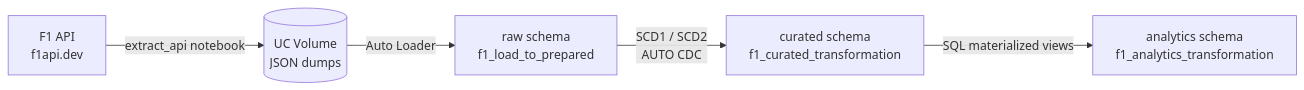
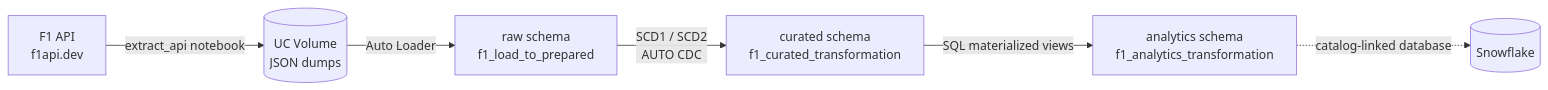
Before and after one commit to vikneshwara-r-b/databricks-snowflake-iceberg-federation: the first of 2 diagrams in README.md, drawn with Mermaid. The commit also changed other lines of this file and 25 other files, not shown here.

Commit message:
Add per-zone catalogs and Snowflake catalog-linked database for gold

````diff
--- a/README.md
+++ b/README.md
@@ -9,7 +9,8 @@
 ```mermaid
 flowchart LR
     A[F1 API<br/>f1api.dev] -->|extract_api notebook| B[(UC Volume<br/>JSON dumps)]
     B -->|Auto Loader| C[raw schema<br/>f1_load_to_prepared]
     C -->|SCD1 / SCD2<br/>AUTO CDC| D[curated schema<br/>f1_curated_transformation]
     D -->|SQL materialized views| E[analytics schema<br/>f1_analytics_transformation]
+    E -.->|catalog-linked database| F[(Snowflake)]
 ```
````
